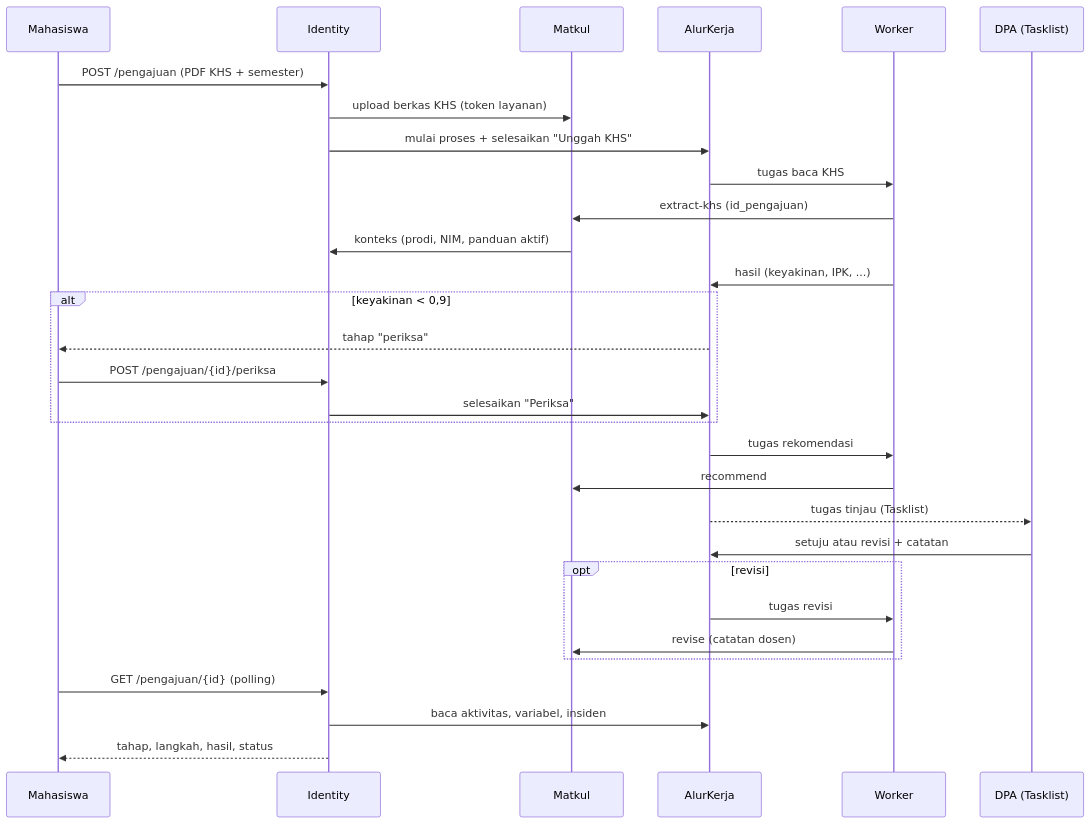
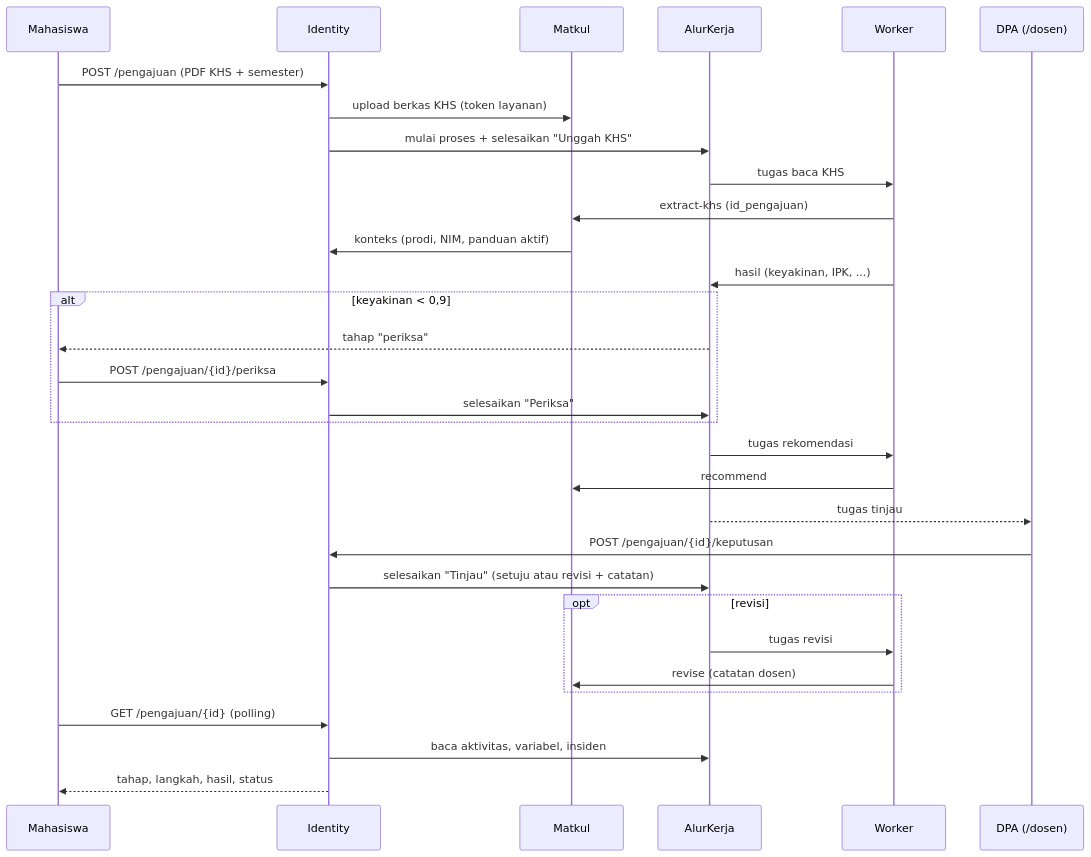
Before and after one commit to rapsz30/superapp-gateway: the diagram in docs/identity/12-pengajuan-ke-dpa.md, drawn with Mermaid. The commit also changed other lines of this file and 141 other files, not shown here.

````diff
--- a/docs/identity/12-pengajuan-ke-dpa.md
+++ b/docs/identity/12-pengajuan-ke-dpa.md
@@ -13,32 +13,33 @@
 ```mermaid
 sequenceDiagram
     participant M as Mahasiswa
     participant I as Identity
     participant K as Matkul
     participant A as AlurKerja
     participant W as Worker
-    participant D as DPA (Tasklist)
+    participant D as DPA (/dosen)
     M->>I: POST /pengajuan (PDF KHS + semester)
     I->>K: upload berkas KHS (token layanan)
     I->>A: mulai proses + selesaikan "Unggah KHS"
     A->>W: tugas baca KHS
     W->>K: extract-khs (id_pengajuan)
     K->>I: konteks (prodi, NIM, panduan aktif)
     W->>A: hasil (keyakinan, IPK, ...)
     alt keyakinan < 0,9
         A-->>M: tahap "periksa"
         M->>I: POST /pengajuan/{id}/periksa
         I->>A: selesaikan "Periksa"
     end
     A->>W: tugas rekomendasi
     W->>K: recommend
-    A-->>D: tugas tinjau (Tasklist)
-    D->>A: setuju atau revisi + catatan
+    A-->>D: tugas tinjau
+    D->>I: POST /pengajuan/{id}/keputusan
+    I->>A: selesaikan "Tinjau" (setuju atau revisi + catatan)
     opt revisi
         A->>W: tugas revisi
         W->>K: revise (catatan dosen)
     end
     M->>I: GET /pengajuan/{id} (polling)
     I->>A: baca aktivitas, variabel, insiden
     I-->>M: tahap, langkah, hasil, status
 ```
````
